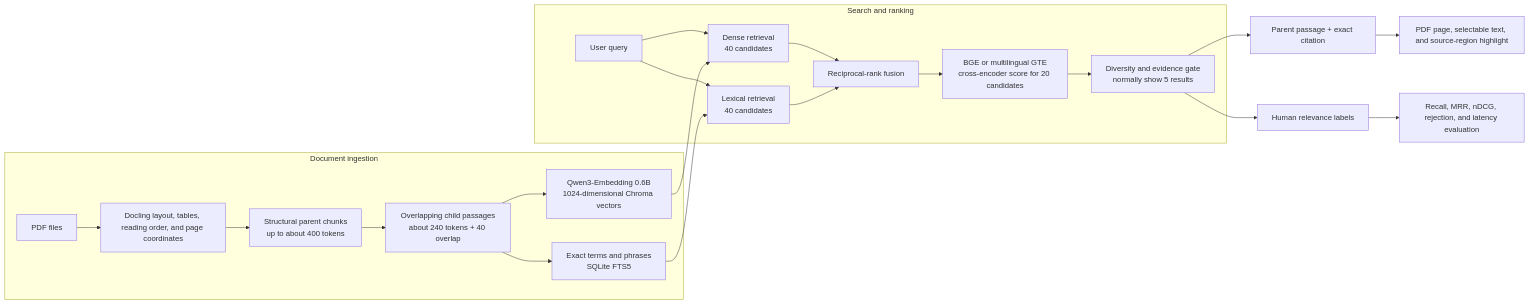
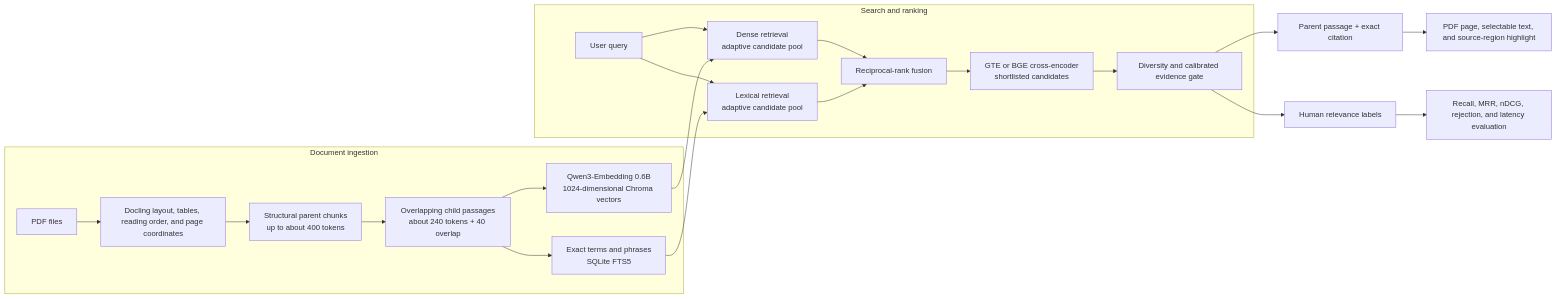
The diagram in README.md (FKENZOLS/reference-desk), drawn with Mermaid before and after one commit. The commit also changed other lines of this file, not shown here.

````diff
--- a/README.md
+++ b/README.md
@@ -317,26 +223,26 @@
 ```mermaid
 flowchart LR
     subgraph INGESTION["Document ingestion"]
         A["PDF files"] --> B["Docling layout, tables, reading order, and page coordinates"]
         B --> C["Structural parent chunks<br/>up to about 400 tokens"]
         C --> D["Overlapping child passages<br/>about 240 tokens + 40 overlap"]
         D --> E["Qwen3-Embedding 0.6B<br/>1024-dimensional Chroma vectors"]
         D --> F["Exact terms and phrases<br/>SQLite FTS5"]
     end
 
     subgraph SEARCH["Search and ranking"]
-        Q["User query"] --> G["Dense retrieval<br/>40 candidates"]
-        Q --> H["Lexical retrieval<br/>40 candidates"]
+        Q["User query"] --> G["Dense retrieval<br/>adaptive candidate pool"]
+        Q --> H["Lexical retrieval<br/>adaptive candidate pool"]
         E --> G
         F --> H
         G --> I["Reciprocal-rank fusion"]
         H --> I
-        I --> J["BGE or multilingual GTE<br/>cross-encoder score for 20 candidates"]
-        J --> K["Diversity and evidence gate<br/>normally show 5 results"]
+        I --> J["GTE or BGE cross-encoder<br/>shortlisted candidates"]
+        J --> K["Diversity and calibrated evidence gate"]
     end
 
     K --> L["Parent passage + exact citation"]
     L --> M["PDF page, selectable text, and source-region highlight"]
     K --> N["Human relevance labels"]
     N --> O["Recall, MRR, nDCG, rejection, and latency evaluation"]
 ```
````
